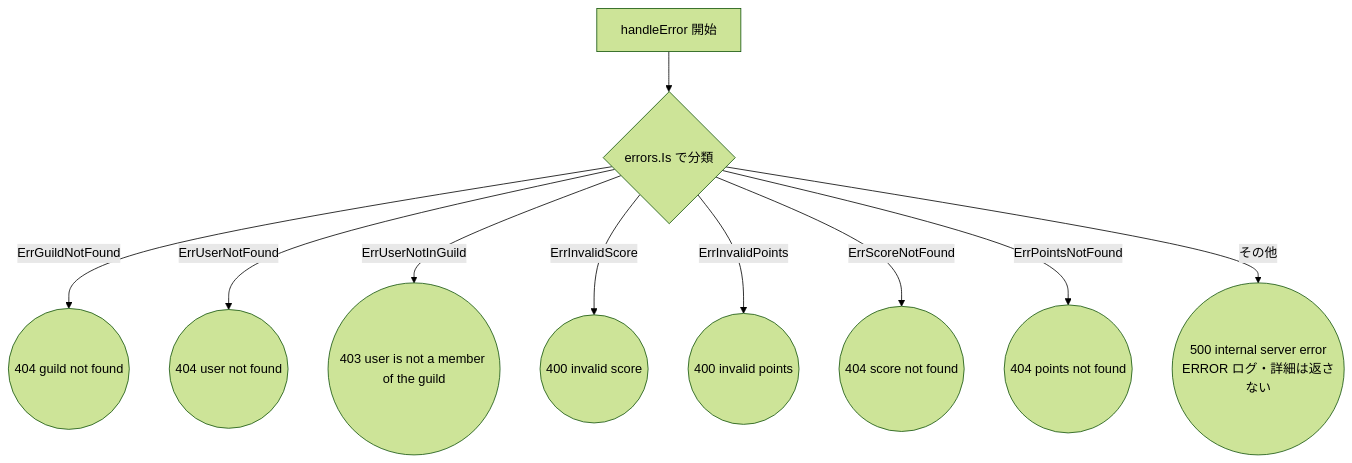
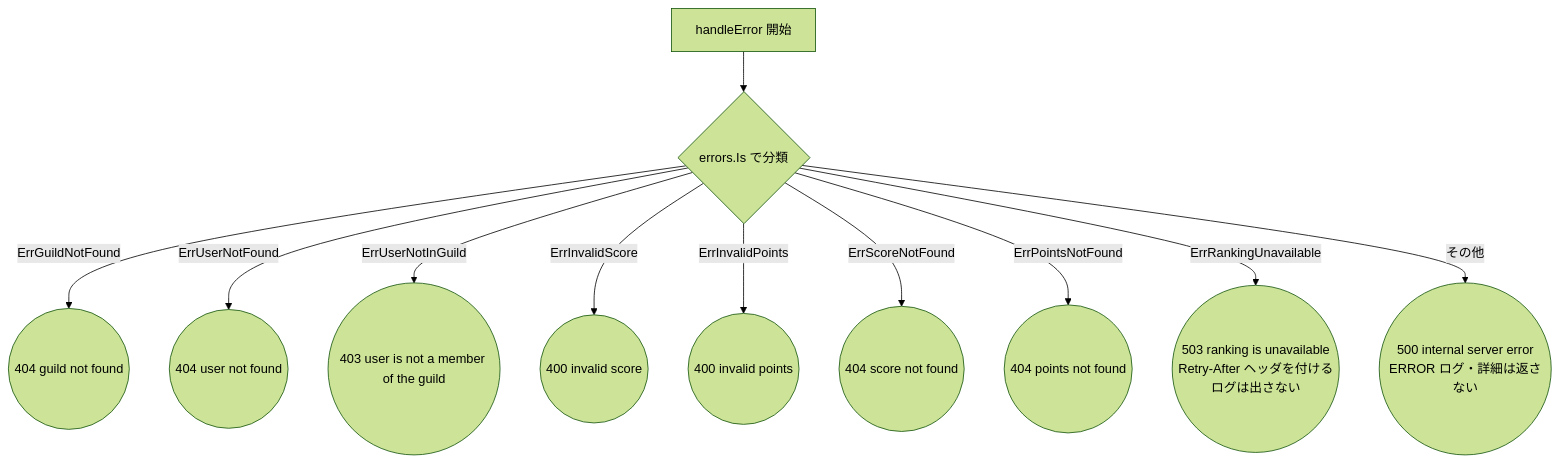
Before and after one commit to uchidas-rogue/game-api-sample: the fifth of 5 diagrams in docs/testing/http-ranking.md, drawn with Mermaid (forest theme). The commit also changed other lines of this file and 17 other files, not shown here.

````diff
--- a/docs/testing/http-ranking.md
+++ b/docs/testing/http-ranking.md
@@ -143,12 +145,13 @@
 ```mermaid
 flowchart TD
     X[handleError 開始] --> X1{errors.Is で分類}
     X1 -- ErrGuildNotFound --> R1((404 guild not found))
     X1 -- ErrUserNotFound --> R2((404 user not found))
     X1 -- ErrUserNotInGuild --> R3((403 user is not a member of the guild))
     X1 -- ErrInvalidScore --> R4((400 invalid score))
     X1 -- ErrInvalidPoints --> R5((400 invalid points))
     X1 -- ErrScoreNotFound --> R6((404 score not found))
     X1 -- ErrPointsNotFound --> R7((404 points not found))
+    X1 -- ErrRankingUnavailable --> R9((503 ranking is unavailable<br/>Retry-After ヘッダを付ける<br/>ログは出さない))
     X1 -- その他 --> R8((500 internal server error<br/>ERROR ログ・詳細は返さない))
 ```
````
